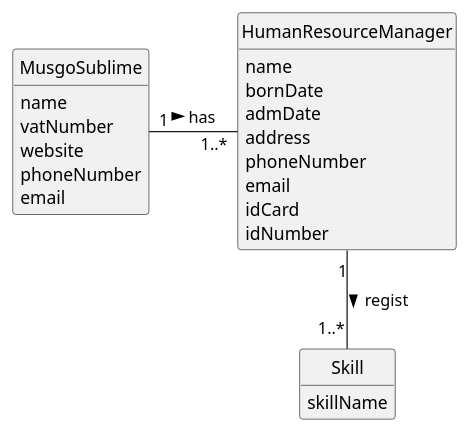
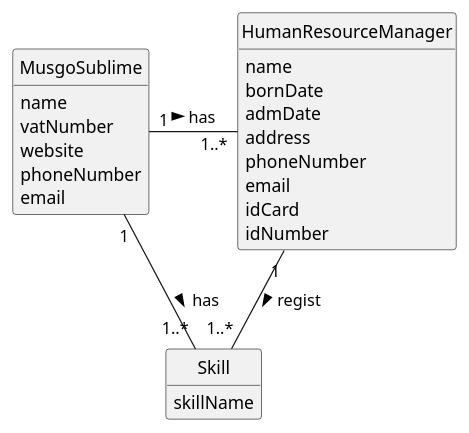
Before and after one commit to 1231360-ISEP/lei-24-s2-1db-g021: the diagram in docs/sprintA/us001/02.analysis/puml/us001-domain-model.puml, drawn with PlantUML. The commit also changed 2 other files, not shown here.

```diff
--- a/docs/sprintA/us001/02.analysis/puml/us001-domain-model.puml
+++ b/docs/sprintA/us001/02.analysis/puml/us001-domain-model.puml
@@ -1,38 +1,39 @@
 @startuml
 skinparam monochrome true
 skinparam packageStyle rectangle
 skinparam shadowing false
 
 skinparam classAttributeIconSize 0
 
 hide circle
 hide methods
 
 class MusgoSublime {
     name
     vatNumber
     website
     phoneNumber
     email
 }
 
 class HumanResourceManager {
     name
     bornDate
     admDate
     address
     phoneNumber
     email
     idCard
     idNumber
 }
 
 class Skill {
     skillName
 }
 
 
 MusgoSublime "1" - "1..*" HumanResourceManager: has >
+MusgoSublime "1" - "1..*" Skill: has >
 HumanResourceManager "1" -- "1..*" Skill : regist >
 
 @enduml
```
